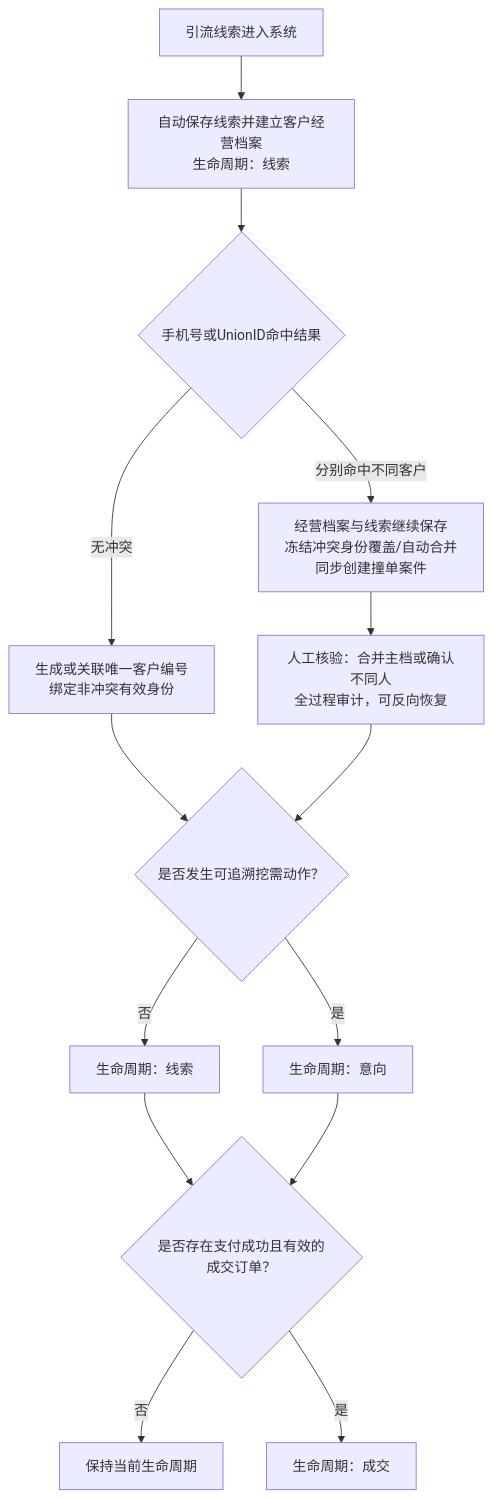
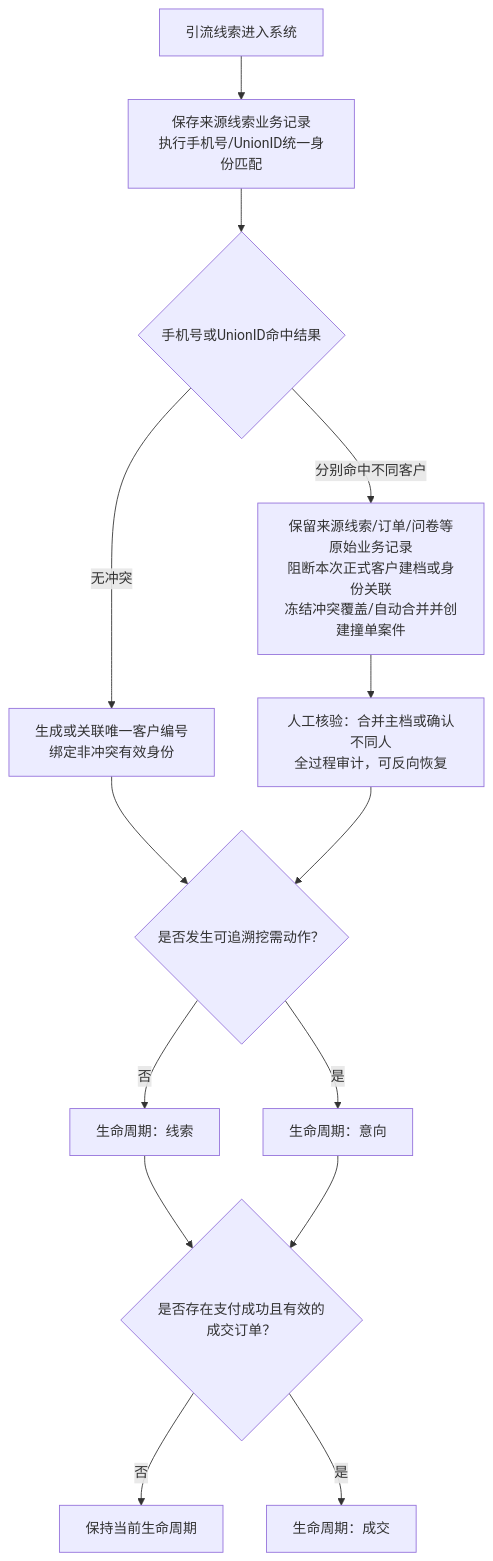
One commit to freya-pr/heshu-boss-demo changed the first of 4 diagrams in docs/product/合数BOSS客户360档案与生命周期需求文档.md. Above: the diagram before and after it, drawn with Mermaid. The commit also changed other lines of this file and 22 other files, not shown here.

````diff
--- a/docs/product/合数BOSS客户360档案与生命周期需求文档.md
+++ b/docs/product/合数BOSS客户360档案与生命周期需求文档.md
@@ -47,16 +47,16 @@
 ```mermaid
 flowchart TD
-    A["引流线索进入系统"] --> B["自动保存线索并建立客户经营档案<br/>生命周期：线索"]
+    A["引流线索进入系统"] --> B["保存来源线索业务记录<br/>执行手机号/UnionID统一身份匹配"]
     B --> C{"手机号或UnionID命中结果"}
     C -- "无冲突" --> D["生成或关联唯一客户编号<br/>绑定非冲突有效身份"]
-    C -- "分别命中不同客户" --> E["经营档案与线索继续保存<br/>冻结冲突身份覆盖/自动合并<br/>同步创建撞单案件"]
+    C -- "分别命中不同客户" --> E["保留来源线索/订单/问卷等原始业务记录<br/>阻断本次正式客户建档或身份关联<br/>冻结冲突覆盖/自动合并并创建撞单案件"]
     E --> F["人工核验：合并主档或确认不同人<br/>全过程审计，可反向恢复"]
     D --> G{"是否发生可追溯挖需动作？"}
     F --> G
     G -- "否" --> H["生命周期：线索"]
     G -- "是" --> I["生命周期：意向"]
     H --> J{"是否存在支付成功且有效的成交订单？"}
     I --> J
     J -- "否" --> K["保持当前生命周期"]
     J -- "是" --> L["生命周期：成交"]
 ```
````
